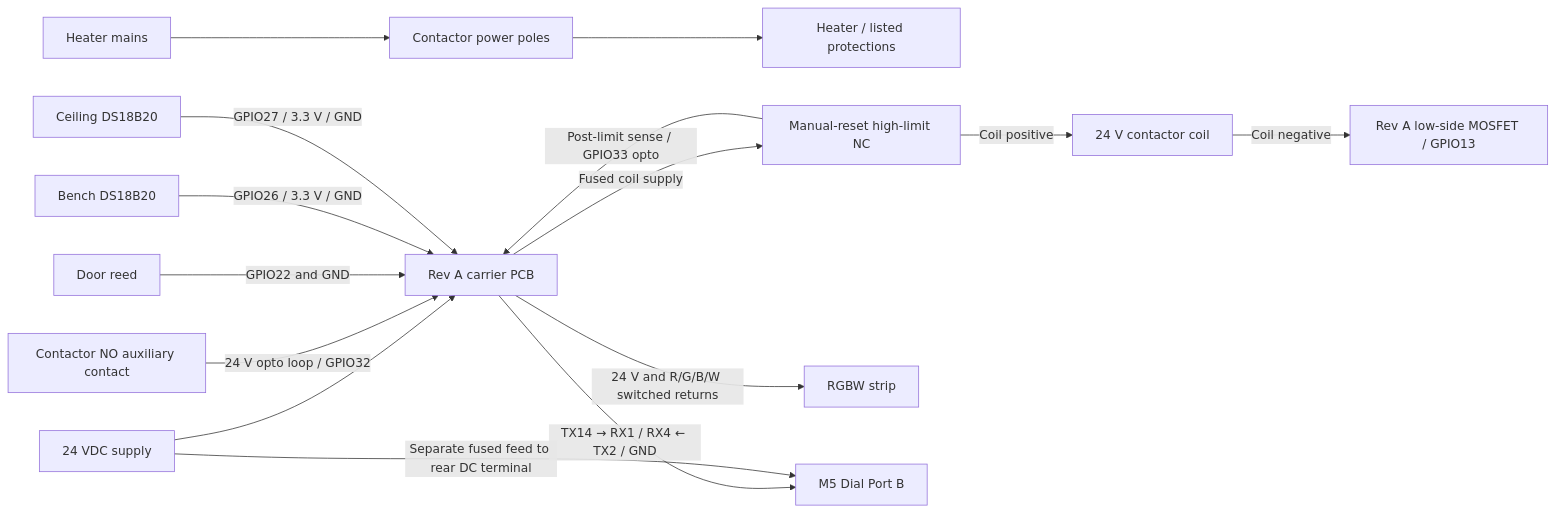
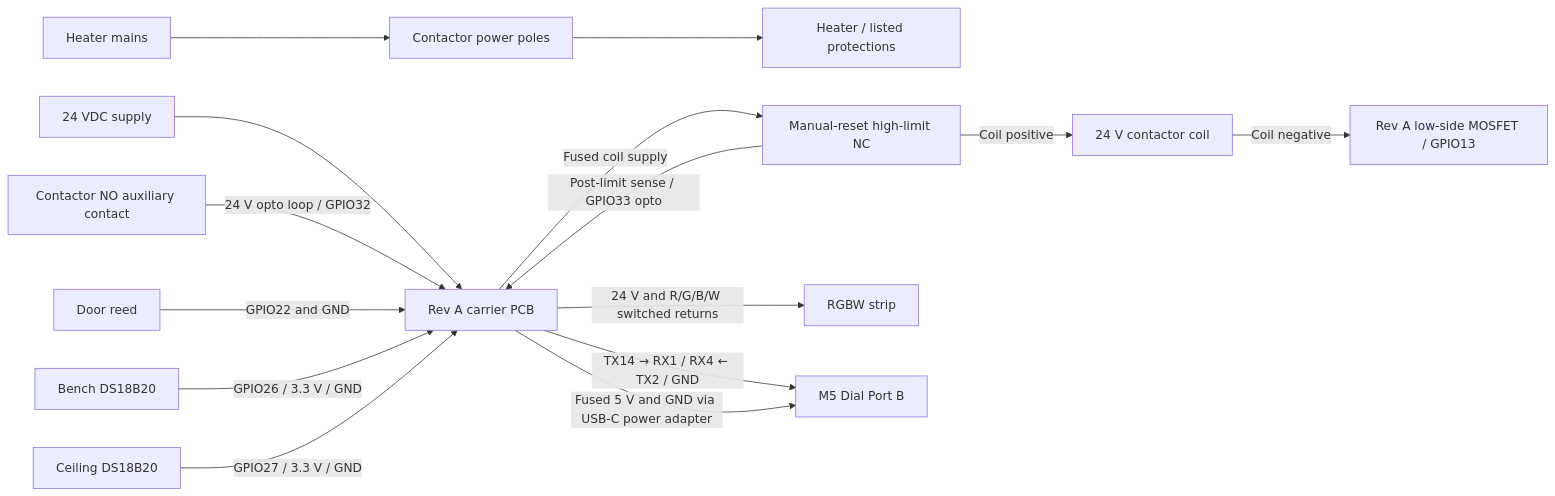
One commit to alexlmiller/sauna-controller changed the diagram in docs/REV-A-WIRING.md. Above: the diagram before and after it, drawn with Mermaid. The commit also changed other lines of this file and 1 other file, not shown here.

Commit message:
Document Claude-assisted installation and clarify Dial power wiring

````diff
--- a/docs/REV-A-WIRING.md
+++ b/docs/REV-A-WIRING.md
@@ -9,16 +9,16 @@
 ```mermaid
 flowchart LR
   mains[Heater mains] --> poles[Contactor power poles] --> heater[Heater / listed protections]
   psu[24 VDC supply] --> pcb[Rev A carrier PCB]
   pcb -->|Fused coil supply| limit[Manual-reset high-limit NC]
   limit -->|Coil positive| coil[24 V contactor coil]
   coil -->|Coil negative| driver[Rev A low-side MOSFET / GPIO13]
   aux[Contactor NO auxiliary contact] -->|24 V opto loop / GPIO32| pcb
   limit -->|Post-limit sense / GPIO33 opto| pcb
   door[Door reed] -->|GPIO22 and GND| pcb
   bench[Bench DS18B20] -->|GPIO26 / 3.3 V / GND| pcb
   ceiling[Ceiling DS18B20] -->|GPIO27 / 3.3 V / GND| pcb
   pcb -->|24 V and R/G/B/W switched returns| leds[RGBW strip]
   pcb -->|TX14 → RX1 / RX4 ← TX2 / GND| dial[M5 Dial Port B]
-  psu -->|Separate fused feed to rear DC terminal| dial
+  pcb -->|Fused 5 V and GND via USB-C power adapter| dial
 ```
````
